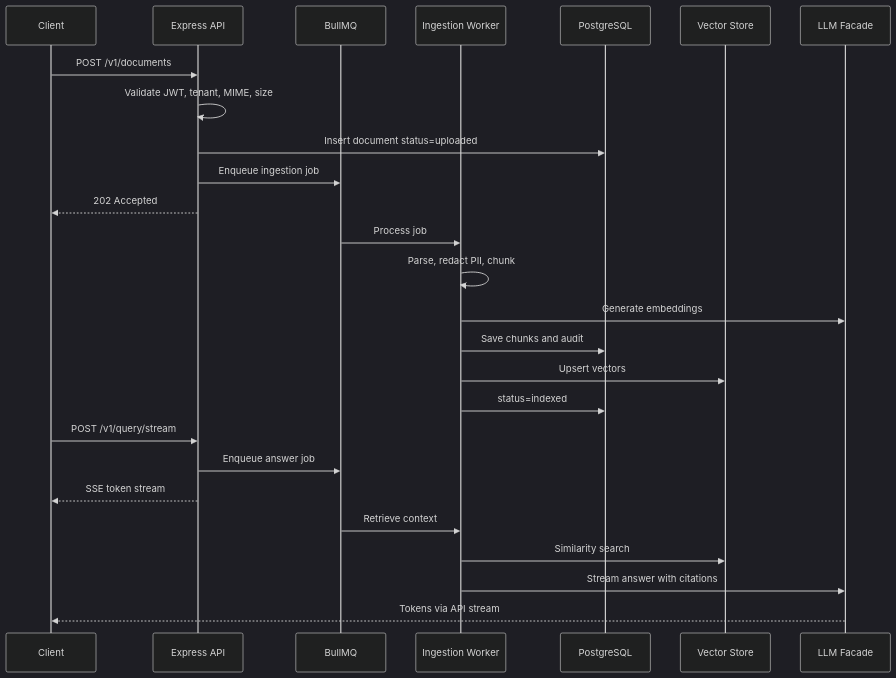
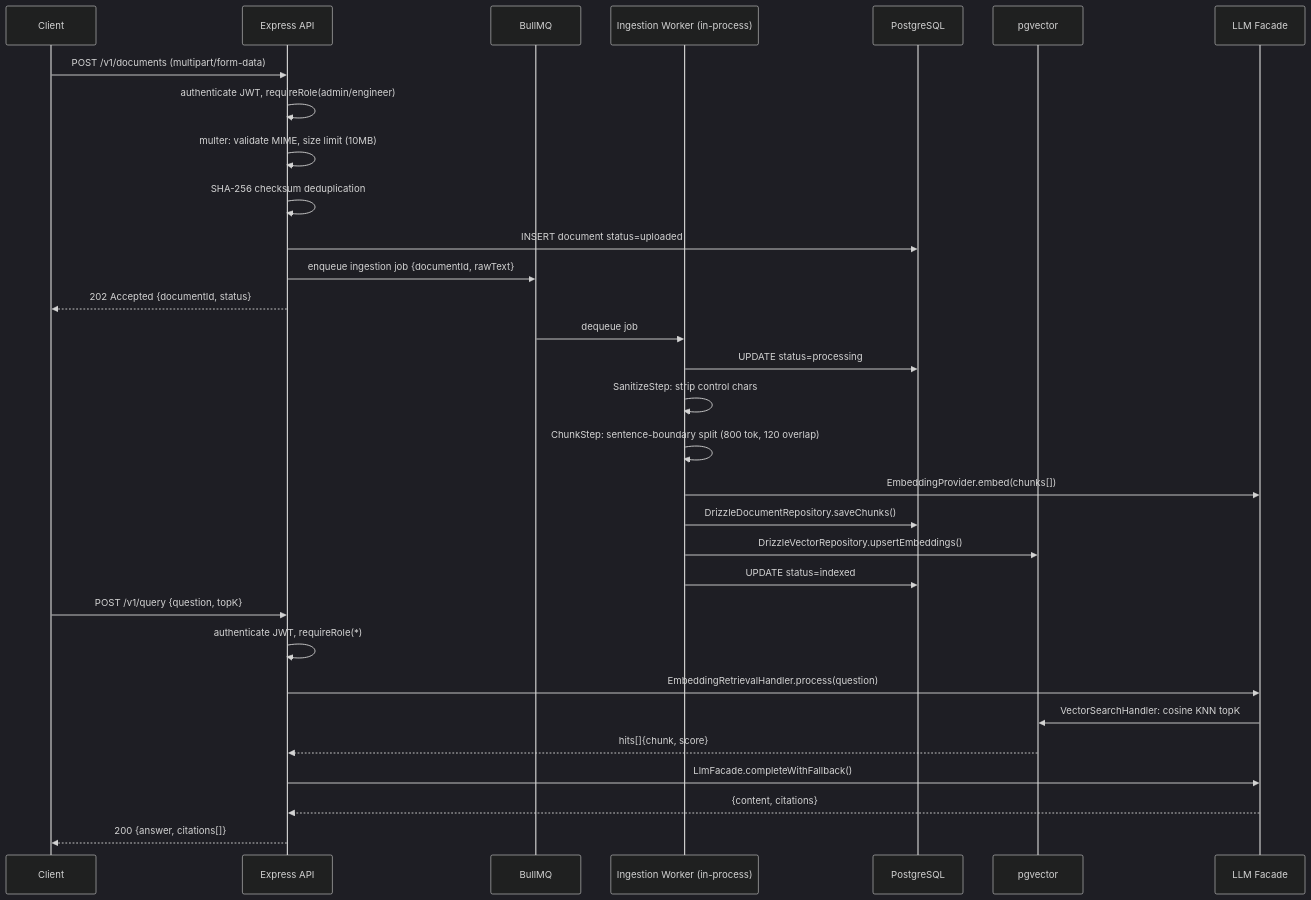
Before and after one commit to bhrji4438/enterprise-rag-knowledge-base-api: the second of 2 diagrams in docs/system-design.md, drawn with Mermaid (dark theme). The commit also changed other lines of this file and 31 other files, not shown here.

````diff
--- a/docs/system-design.md
+++ b/docs/system-design.md
@@ -46,29 +46,34 @@
 ```mermaid
 sequenceDiagram
   participant C as Client
   participant API as Express API
   participant Q as BullMQ
-  participant W as Ingestion Worker
+  participant W as Ingestion Worker (in-process)
   participant DB as PostgreSQL
-  participant V as Vector Store
+  participant V as pgvector
   participant L as LLM Facade
 
-  C->>API: POST /v1/documents
-  API->>API: Validate JWT, tenant, MIME, size
-  API->>DB: Insert document status=uploaded
-  API->>Q: Enqueue ingestion job
-  API-->>C: 202 Accepted
-  Q->>W: Process job
-  W->>W: Parse, redact PII, chunk
-  W->>L: Generate embeddings
-  W->>DB: Save chunks and audit
-  W->>V: Upsert vectors
-  W->>DB: status=indexed
-  C->>API: POST /v1/query/stream
-  API->>Q: Enqueue answer job
-  API-->>C: SSE token stream
-  Q->>W: Retrieve context
-  W->>V: Similarity search
-  W->>L: Stream answer with citations
-  L-->>C: Tokens via API stream
+  C->>API: POST /v1/documents (multipart/form-data)
+  API->>API: authenticate JWT, requireRole(admin/engineer)
+  API->>API: multer: validate MIME, size limit (10MB)
+  API->>API: SHA-256 checksum deduplication
+  API->>DB: INSERT document status=uploaded
+  API->>Q: enqueue ingestion job {documentId, rawText}
+  API-->>C: 202 Accepted {documentId, status}
+  Q->>W: dequeue job
+  W->>DB: UPDATE status=processing
+  W->>W: SanitizeStep: strip control chars
+  W->>W: ChunkStep: sentence-boundary split (800 tok, 120 overlap)
+  W->>L: EmbeddingProvider.embed(chunks[])
+  W->>DB: DrizzleDocumentRepository.saveChunks()
+  W->>V: DrizzleVectorRepository.upsertEmbeddings()
+  W->>DB: UPDATE status=indexed
+  C->>API: POST /v1/query {question, topK}
+  API->>API: authenticate JWT, requireRole(*)
+  API->>L: EmbeddingRetrievalHandler.process(question)
+  L->>V: VectorSearchHandler: cosine KNN topK
+  V-->>API: hits[]{chunk, score}
+  API->>L: LlmFacade.completeWithFallback()
+  L-->>API: {content, citations}
+  API-->>C: 200 {answer, citations[]}
 ```
````
